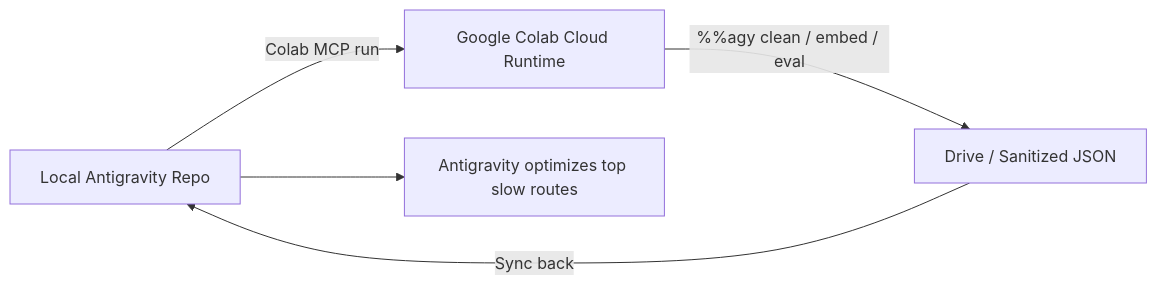
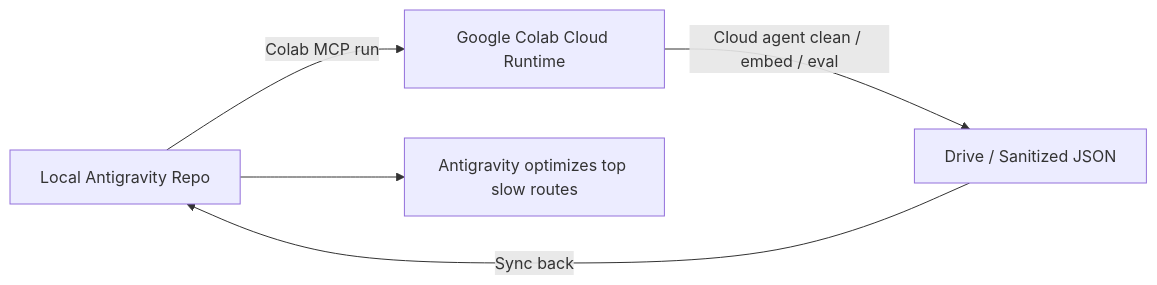
The diagram in en/gemini/ch06_colab_agy_pipelines.md (aipmer/codex-blue-book), drawn with Mermaid before and after one commit. The commit also changed other lines of this file and 144 other files, not shown here.

````diff
--- a/en/gemini/ch06_colab_agy_pipelines.md
+++ b/en/gemini/ch06_colab_agy_pipelines.md
@@ -79,7 +77,7 @@
 ```mermaid
 flowchart LR
     Repo["Local Antigravity Repo"] -->|"Colab MCP run"| Colab["Google Colab Cloud Runtime"]
-    Colab -->|"%%agy clean / embed / eval"| Drive["Drive / Sanitized JSON"]
+    Colab -->|"Cloud agent clean / embed / eval"| Drive["Drive / Sanitized JSON"]
     Drive -->|"Sync back"| Repo
     Repo --> Fix["Antigravity optimizes top slow routes"]
 ```
````
